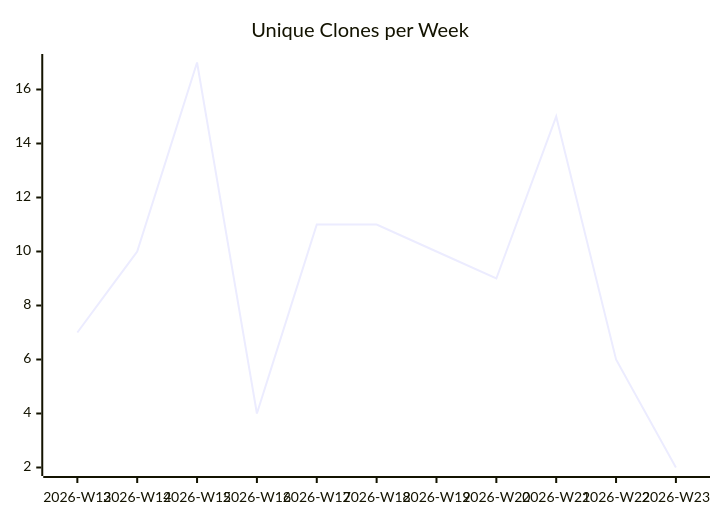
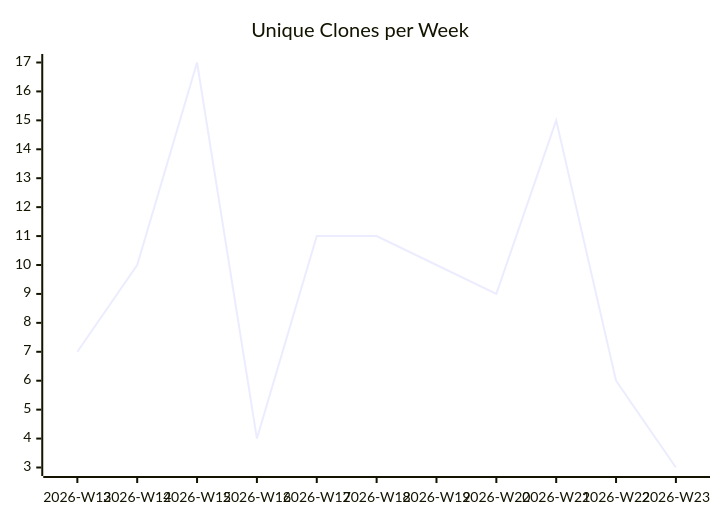
One commit to justdavis-family/github-analytics-data changed the third of 3 diagrams in karlmdavis/ksoap2-android/README.md. Above: the diagram before and after it, drawn with Mermaid. The commit also changed other lines of this file and 188 other files, not shown here.

````diff
--- a/karlmdavis/ksoap2-android/README.md
+++ b/karlmdavis/ksoap2-android/README.md
@@ -19,6 +19,6 @@
 ```mermaid
 xychart-beta
   title "Unique Clones per Week"
   x-axis ["2026-W13", "2026-W14", "2026-W15", "2026-W16", "2026-W17", "2026-W18", "2026-W19", "2026-W20", "2026-W21", "2026-W22", "2026-W23"]
-  line [7, 10, 17, 4, 11, 11, 10, 9, 15, 6, 2]
+  line [7, 10, 17, 4, 11, 11, 10, 9, 15, 6, 3]
 ```
````
